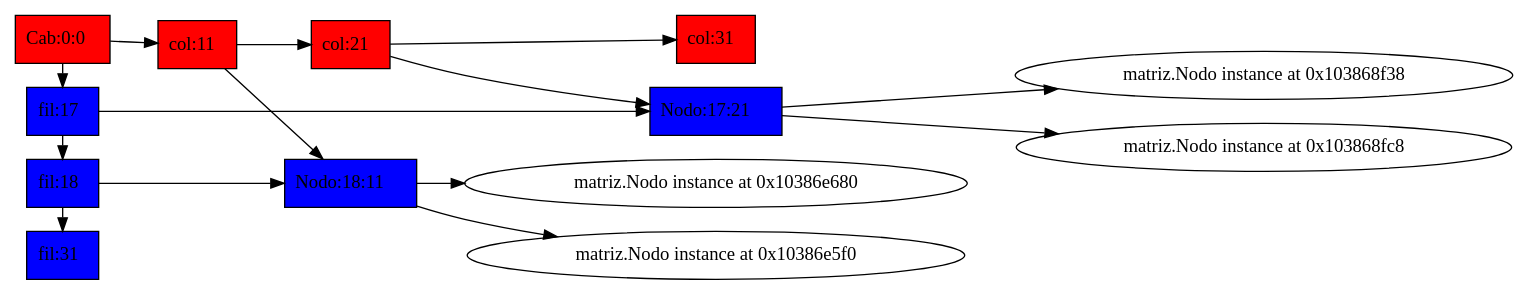
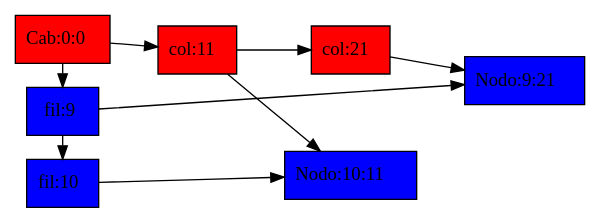
One commit to leonelyutu/ProyectoJunio2017_200819281 changed the diagram in web/submarinojugador1.dot. Above: the diagram before and after it, drawn with Graphviz. The commit also changed 130 other files, not shown here.

```diff
--- a/web/submarinojugador1.dot
+++ b/web/submarinojugador1.dot
@@ -1,22 +1,17 @@
 digraph g{
 rankdir=LR
-<matriz.Nodo instance at 0x103857098>[label =<Cab:0:0> shape =box, style=filled, fillcolor=red] 
-<matriz.Nodo instance at 0x10386e6c8>[label =<col:11> shape =box, style=filled, fillcolor=red] 
-<matriz.Nodo instance at 0x10386e050>[label =<col:21> shape =box, style=filled, fillcolor=red] 
-<matriz.Nodo instance at 0x103857050>[label =<col:31> shape =box, style=filled, fillcolor=red] 
-<matriz.Nodo instance at 0x103857098>-><matriz.Nodo instance at 0x10386e6c8><matriz.Nodo instance at 0x10386e6c8>-><matriz.Nodo instance at 0x10386e050><matriz.Nodo instance at 0x10386e050>-><matriz.Nodo instance at 0x103857050><matriz.Nodo instance at 0x103868f80>[label = <fil:17> shape =box, style=filled, fillcolor=blue] 
-<matriz.Nodo instance at 0x10386e638>[label = <fil:18> shape =box, style=filled, fillcolor=blue] 
-<matriz.Nodo instance at 0x10384afc8>[label = <fil:31> shape =box, style=filled, fillcolor=blue] 
-<matriz.Nodo instance at 0x103857098>-><matriz.Nodo instance at 0x103868f80><matriz.Nodo instance at 0x103868f80>-><matriz.Nodo instance at 0x10386e638><matriz.Nodo instance at 0x10386e638>-><matriz.Nodo instance at 0x10384afc8>subgraph{
-rank = same;<matriz.Nodo instance at 0x103857098>;<matriz.Nodo instance at 0x10386e638><matriz.Nodo instance at 0x103868f80>;<matriz.Nodo instance at 0x10386e638><matriz.Nodo instance at 0x10386e638>;<matriz.Nodo instance at 0x10384afc8>}
-<matriz.Nodo instance at 0x103868f80>-><matriz.Nodo instance at 0x10386e098>
-<matriz.Nodo instance at 0x10386e098>[label = <Nodo:17:21> shape =box, style=filled, fillcolor=blue] 
-<matriz.Nodo instance at 0x10386e638>-><matriz.Nodo instance at 0x10386e710>
-<matriz.Nodo instance at 0x10386e710>[label = <Nodo:18:11> shape =box, style=filled, fillcolor=blue] 
-<matriz.Nodo instance at 0x10386e098>-><matriz.Nodo instance at 0x103868f38>
-<matriz.Nodo instance at 0x10386e710>-><matriz.Nodo instance at 0x10386e5f0>
-<matriz.Nodo instance at 0x10386e6c8>-><matriz.Nodo instance at 0x10386e710>
-<matriz.Nodo instance at 0x10386e710>-><matriz.Nodo instance at 0x10386e680>
-<matriz.Nodo instance at 0x10386e050>-><matriz.Nodo instance at 0x10386e098>
-<matriz.Nodo instance at 0x10386e098>-><matriz.Nodo instance at 0x103868fc8>
+<matriz.Nodo instance at 0x10a17c248>[label =<Cab:0:0> shape =box, style=filled, fillcolor=red] 
+<matriz.Nodo instance at 0x10a180320>[label =<col:11> shape =box, style=filled, fillcolor=red] 
+<matriz.Nodo instance at 0x10a180bd8>[label =<col:21> shape =box, style=filled, fillcolor=red] 
+<matriz.Nodo instance at 0x10a17c248>-><matriz.Nodo instance at 0x10a180320><matriz.Nodo instance at 0x10a180320>-><matriz.Nodo instance at 0x10a180bd8>
+<matriz.Nodo instance at 0x10a180a28>[label = <fil:9> shape =box, style=filled, fillcolor=blue] 
+<matriz.Nodo instance at 0x10a180560>[label = <fil:10> shape =box, style=filled, fillcolor=blue] 
+<matriz.Nodo instance at 0x10a17c248>-><matriz.Nodo instance at 0x10a180a28><matriz.Nodo instance at 0x10a180a28>-><matriz.Nodo instance at 0x10a180560>subgraph{
+rank = same;<matriz.Nodo instance at 0x10a17c248>;<matriz.Nodo instance at 0x10a180560><matriz.Nodo instance at 0x10a180a28>;<matriz.Nodo instance at 0x10a180560>}
+<matriz.Nodo instance at 0x10a180a28>-><matriz.Nodo instance at 0x10a180950>
+<matriz.Nodo instance at 0x10a180950>[label = <Nodo:9:21> shape =box, style=filled, fillcolor=blue] 
+<matriz.Nodo instance at 0x10a180560>-><matriz.Nodo instance at 0x10a180248>
+<matriz.Nodo instance at 0x10a180248>[label = <Nodo:10:11> shape =box, style=filled, fillcolor=blue] 
+<matriz.Nodo instance at 0x10a180320>-><matriz.Nodo instance at 0x10a180248>
+<matriz.Nodo instance at 0x10a180bd8>-><matriz.Nodo instance at 0x10a180950>
 }
```
